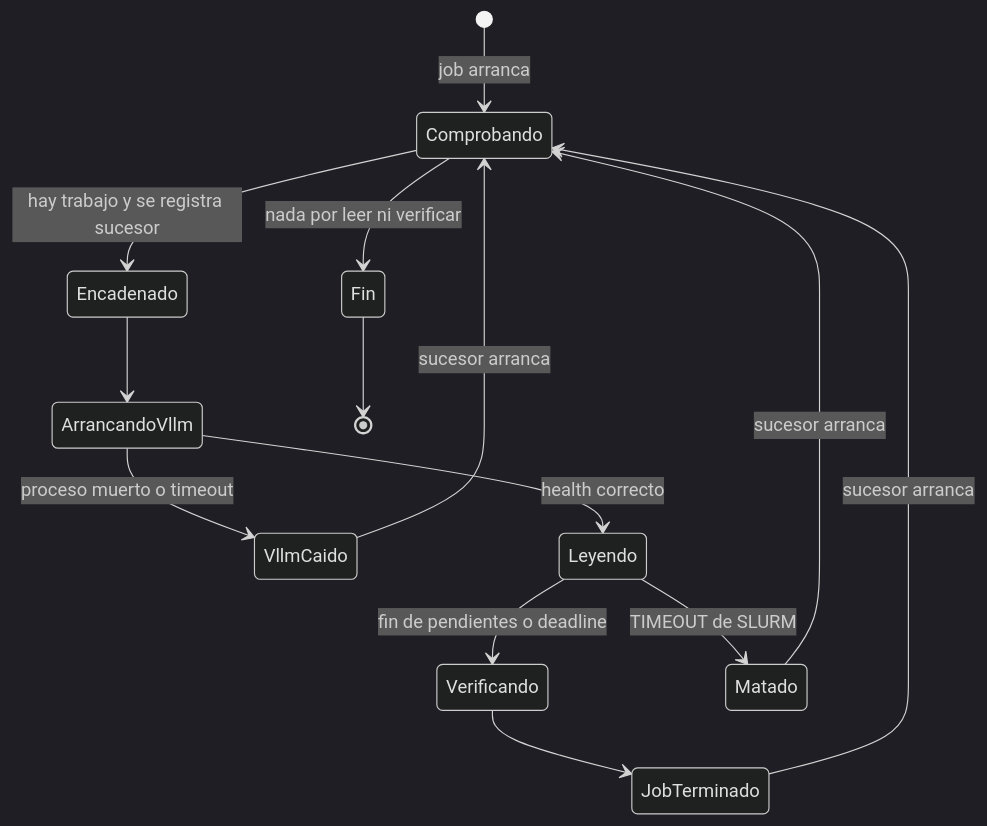
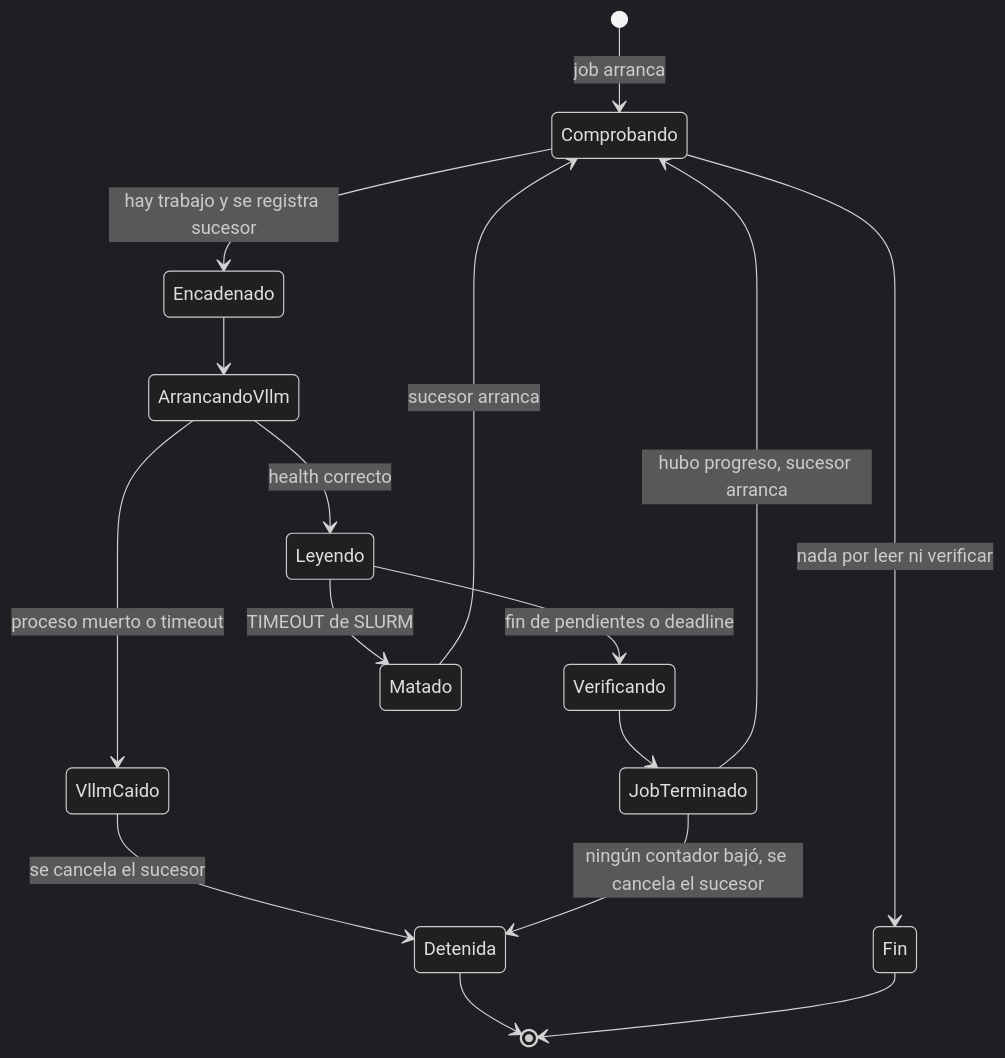
Before and after one commit to s110/sein_free_users_contracts_rag: the seventh of 14 diagrams in docs/MAQUINAS_DE_ESTADO.md, drawn with Mermaid (dark theme). The commit also changed other lines of this file, not shown here.

````diff
--- a/docs/MAQUINAS_DE_ESTADO.md
+++ b/docs/MAQUINAS_DE_ESTADO.md
@@ -472,16 +498,18 @@
 ```mermaid
 stateDiagram-v2
     [*] --> Comprobando: job arranca
     Comprobando --> Fin: nada por leer ni verificar
     Comprobando --> Encadenado: hay trabajo y se registra sucesor
     Encadenado --> ArrancandoVllm
     ArrancandoVllm --> VllmCaido: proceso muerto o timeout
     ArrancandoVllm --> Leyendo: health correcto
     Leyendo --> Verificando: fin de pendientes o deadline
     Verificando --> JobTerminado
-    VllmCaido --> Comprobando: sucesor arranca
-    JobTerminado --> Comprobando: sucesor arranca
+    VllmCaido --> Detenida: se cancela el sucesor
+    JobTerminado --> Detenida: ningún contador bajó, se cancela el sucesor
+    JobTerminado --> Comprobando: hubo progreso, sucesor arranca
+    Detenida --> [*]
     Leyendo --> Matado: TIMEOUT de SLURM
     Matado --> Comprobando: sucesor arranca
     Fin --> [*]
 ```
````
